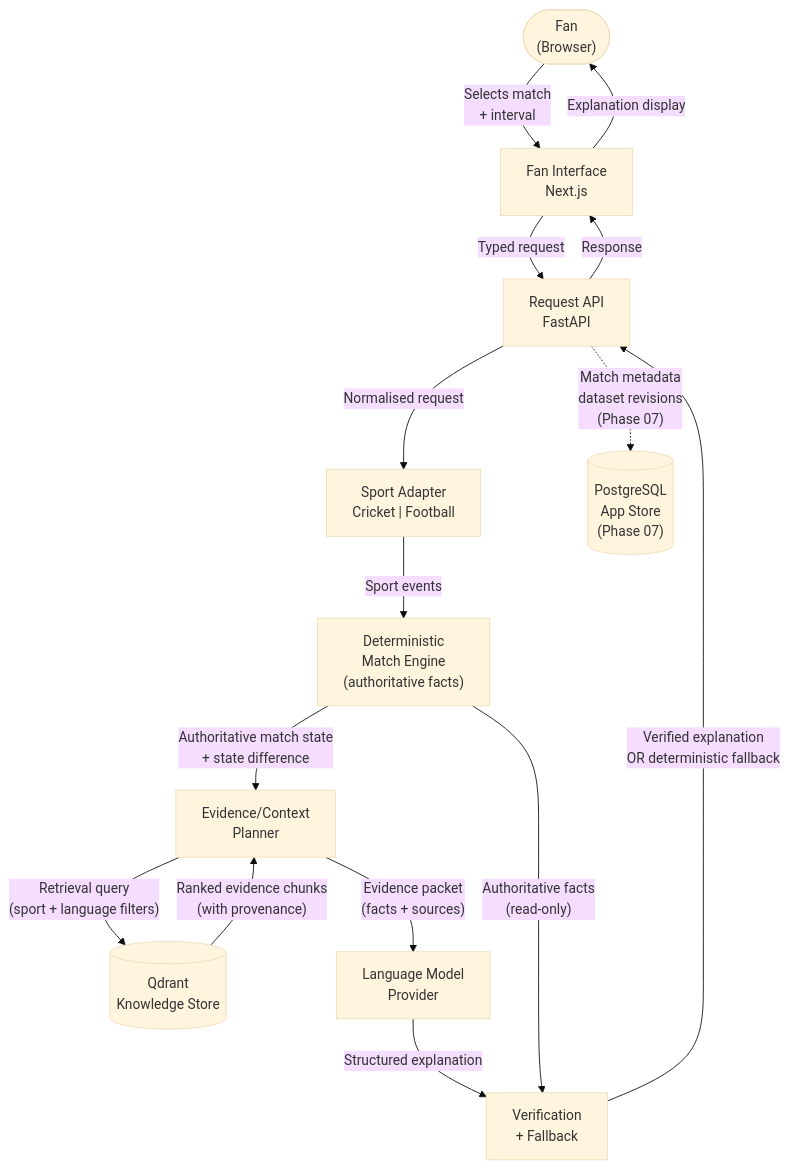
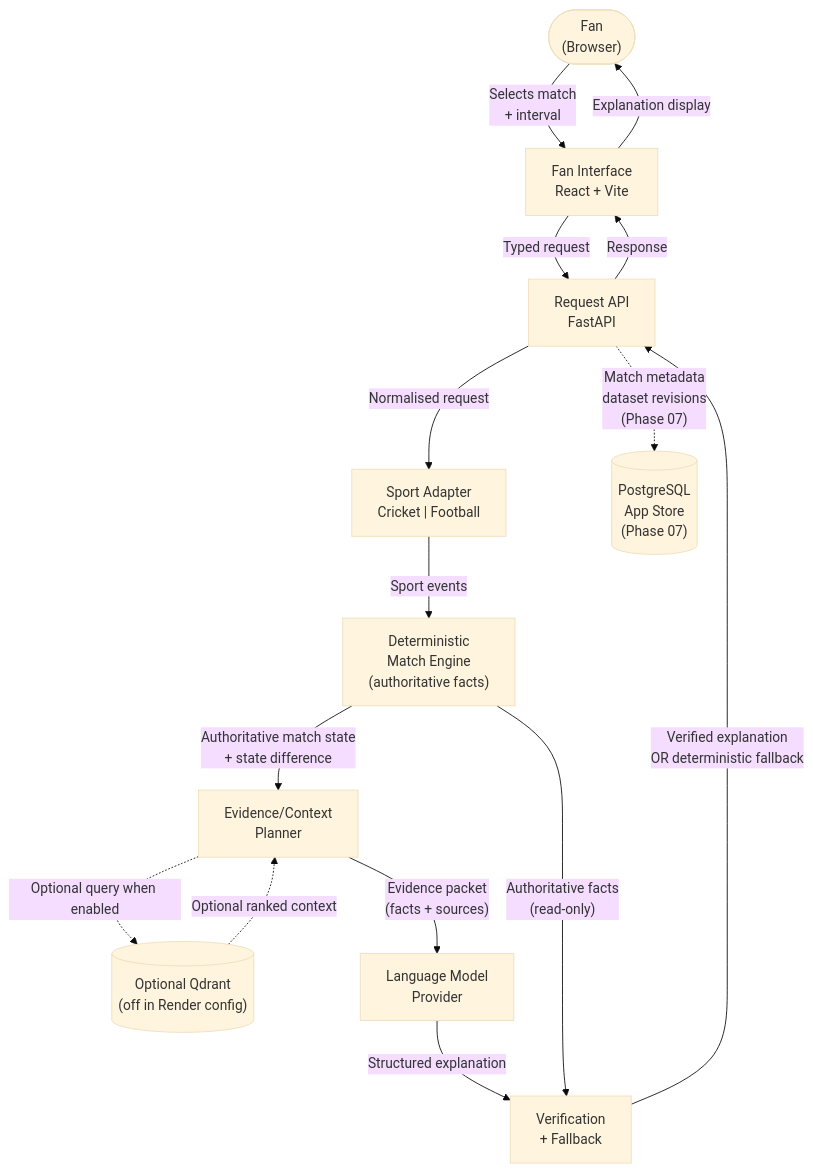
Before and after one commit to praveen0767/FanCue: the diagram in docs/architecture/system-context.md, drawn with Mermaid (base theme). The commit also changed other lines of this file, not shown here.

Commit message:
docs: align system context with current runtime boundaries

````diff
--- a/docs/architecture/system-context.md
+++ b/docs/architecture/system-context.md
@@ -39,28 +38,28 @@
 ```mermaid
 flowchart TD
     Fan(["Fan\n(Browser)"])
-    UI["Fan Interface\nNext.js"]
+    UI["Fan Interface\nReact + Vite"]
     API["Request API\nFastAPI"]
     Adapter["Sport Adapter\nCricket | Football"]
     Engine["Deterministic\nMatch Engine\n(authoritative facts)"]
     Planner["Evidence/Context\nPlanner"]
-    Qdrant[("Qdrant\nKnowledge Store")]
+    Qdrant[("Optional Qdrant\n(off in Render config)")]
     LLM["Language Model\nProvider"]
     Verify["Verification\n+ Fallback"]
     PG[("PostgreSQL\nApp Store\n(Phase 07)")]
 
     Fan -->|"Selects match\n+ interval"| UI
     UI -->|"Typed request"| API
     API -->|"Normalised request"| Adapter
     Adapter -->|"Sport events"| Engine
     Engine -->|"Authoritative match state\n+ state difference"| Planner
-    Planner -->|"Retrieval query\n(sport + language filters)"| Qdrant
-    Qdrant -->|"Ranked evidence chunks\n(with provenance)"| Planner
+    Planner -.->|"Optional query when enabled"| Qdrant
+    Qdrant -.->|"Optional ranked context"| Planner
     Planner -->|"Evidence packet\n(facts + sources)"| LLM
     LLM -->|"Structured explanation"| Verify
     Engine -->|"Authoritative facts\n(read-only)"| Verify
     Verify -->|"Verified explanation\nOR deterministic fallback"| API
     API -->|"Response"| UI
     UI -->|"Explanation display"| Fan
     API -.->|"Match metadata\ndataset revisions\n(Phase 07)"| PG
 ```
````
